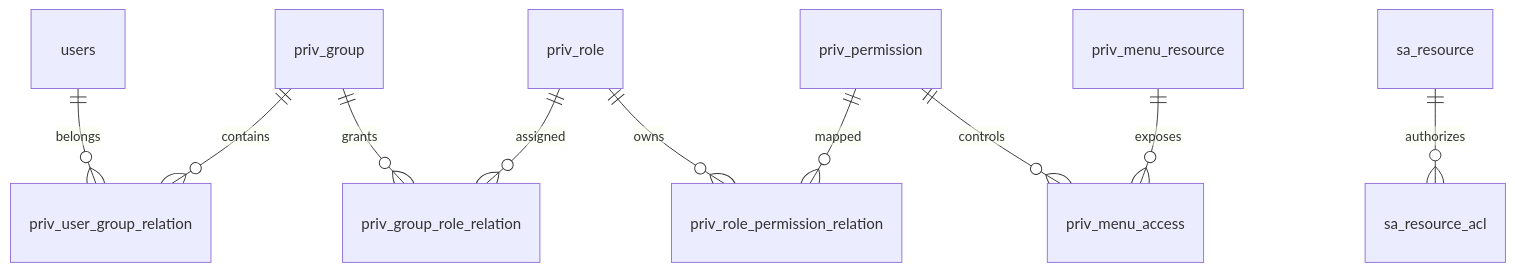
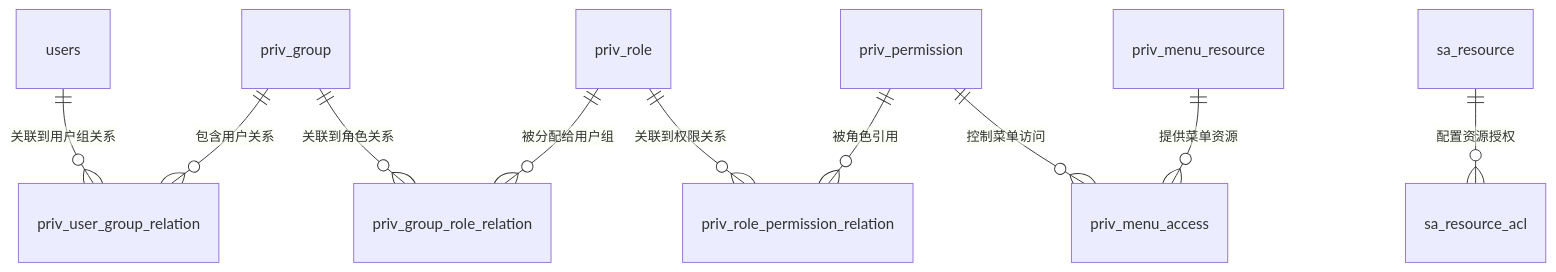
The first of 5 diagrams in .claude/sophicAgent/数据库结构设计.md (tenysys/spring-ai-alibaba), drawn with Mermaid before and after one commit. The commit also changed other lines of this file and 9 other files, not shown here.

````diff
--- a/.claude/sophicAgent/数据库结构设计.md
+++ b/.claude/sophicAgent/数据库结构设计.md
@@ -319,12 +319,12 @@
 ```mermaid
 erDiagram
-    users ||--o{ priv_user_group_relation : belongs
-    priv_group ||--o{ priv_user_group_relation : contains
-    priv_group ||--o{ priv_group_role_relation : grants
-    priv_role ||--o{ priv_group_role_relation : assigned
-    priv_role ||--o{ priv_role_permission_relation : owns
-    priv_permission ||--o{ priv_role_permission_relation : mapped
-    priv_permission ||--o{ priv_menu_access : controls
-    priv_menu_resource ||--o{ priv_menu_access : exposes
-    sa_resource ||--o{ sa_resource_acl : authorizes
+    users ||--o{ priv_user_group_relation : 关联到用户组关系
+    priv_group ||--o{ priv_user_group_relation : 包含用户关系
+    priv_group ||--o{ priv_group_role_relation : 关联到角色关系
+    priv_role ||--o{ priv_group_role_relation : 被分配给用户组
+    priv_role ||--o{ priv_role_permission_relation : 关联到权限关系
+    priv_permission ||--o{ priv_role_permission_relation : 被角色引用
+    priv_permission ||--o{ priv_menu_access : 控制菜单访问
+    priv_menu_resource ||--o{ priv_menu_access : 提供菜单资源
+    sa_resource ||--o{ sa_resource_acl : 配置资源授权
 ```
````
